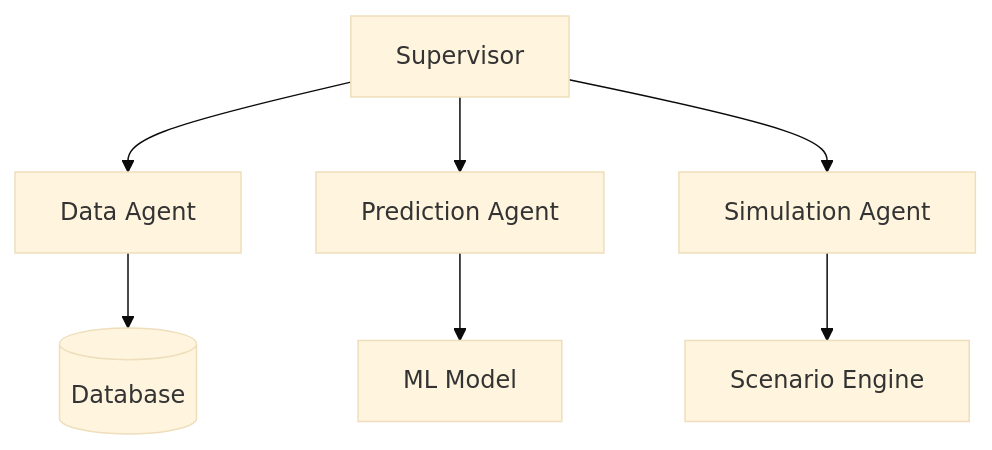
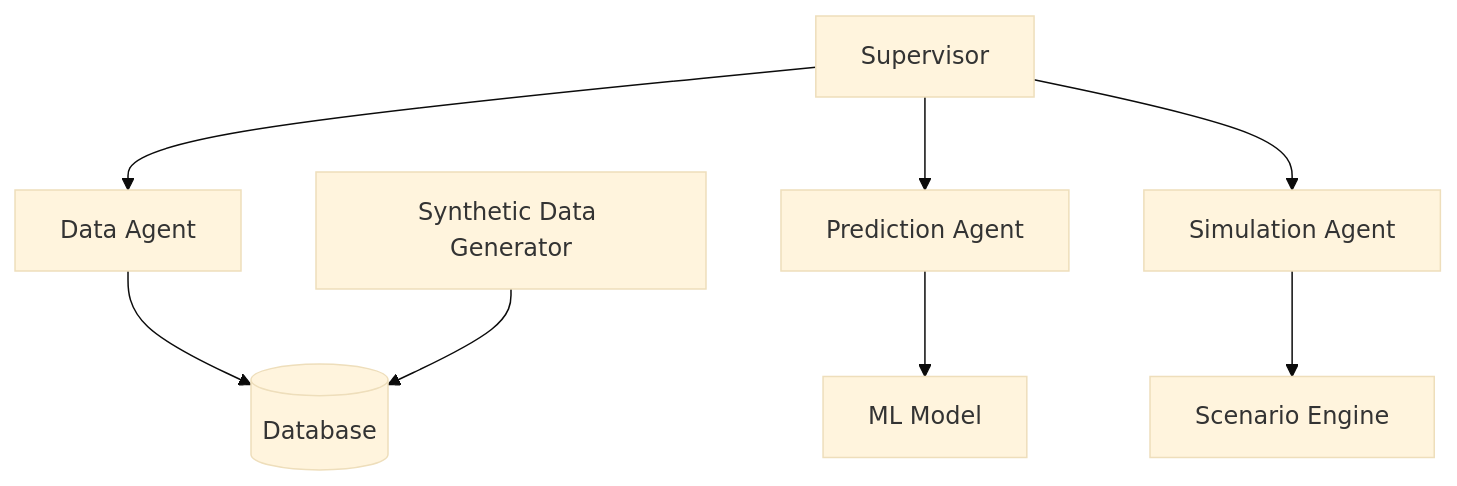
Before and after one commit to georgi-terziyski/Predictive-maintanence: the diagram in README.md, drawn with Mermaid (base theme). The commit also changed other lines of this file and 4 other files, not shown here.

First line of the commit message:
Add synthetic data generation capabilities and improve simulation

````diff
--- a/README.md
+++ b/README.md
@@ -22,9 +22,10 @@
 ```mermaid
 graph TD
     A[Supervisor] --> B[Data Agent]
     A --> C[Prediction Agent] 
     A --> D[Simulation Agent]
     B --> F[(Database)]
     C --> G[ML Model]
     D --> H[Scenario Engine]
+    I[Synthetic Data Generator] --> F
 ```
````
